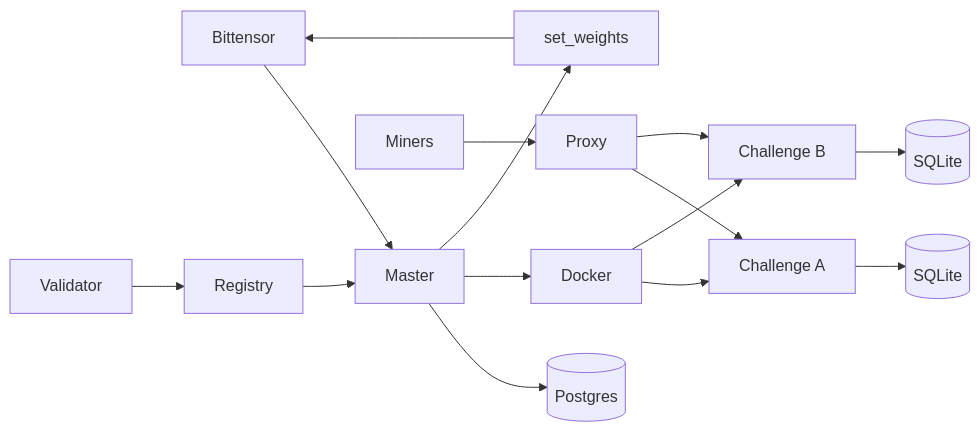
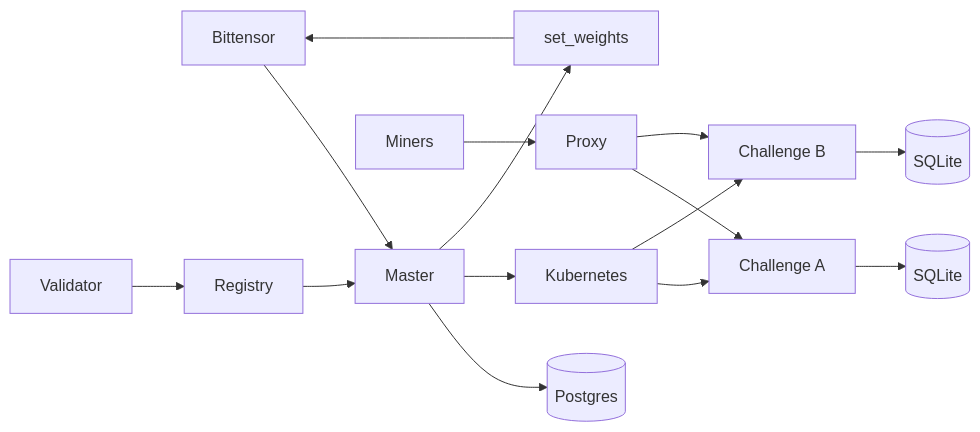
The first of 2 diagrams in README.md (PlatformNetwork/platform), drawn with Mermaid before and after one commit. The commit also changed other lines of this file and 5 other files, not shown here.

````diff
--- a/README.md
+++ b/README.md
@@ -58,17 +58,17 @@
 ```mermaid
 flowchart LR
     BT[Bittensor] --> M[Master]
     M --> PG[(Postgres)]
-    M --> DO[Docker]
-    DO --> C1[Challenge A]
-    DO --> C2[Challenge B]
+    M --> K8S[Kubernetes]
+    K8S --> C1[Challenge A]
+    K8S --> C2[Challenge B]
     C1 --> S1[(SQLite)]
     C2 --> S2[(SQLite)]
     V[Validator] --> R[Registry]
     R --> M
     U[Miners] --> P[Proxy]
     P --> C1
     P --> C2
     M --> W[set_weights]
     W --> BT
 ```
````
